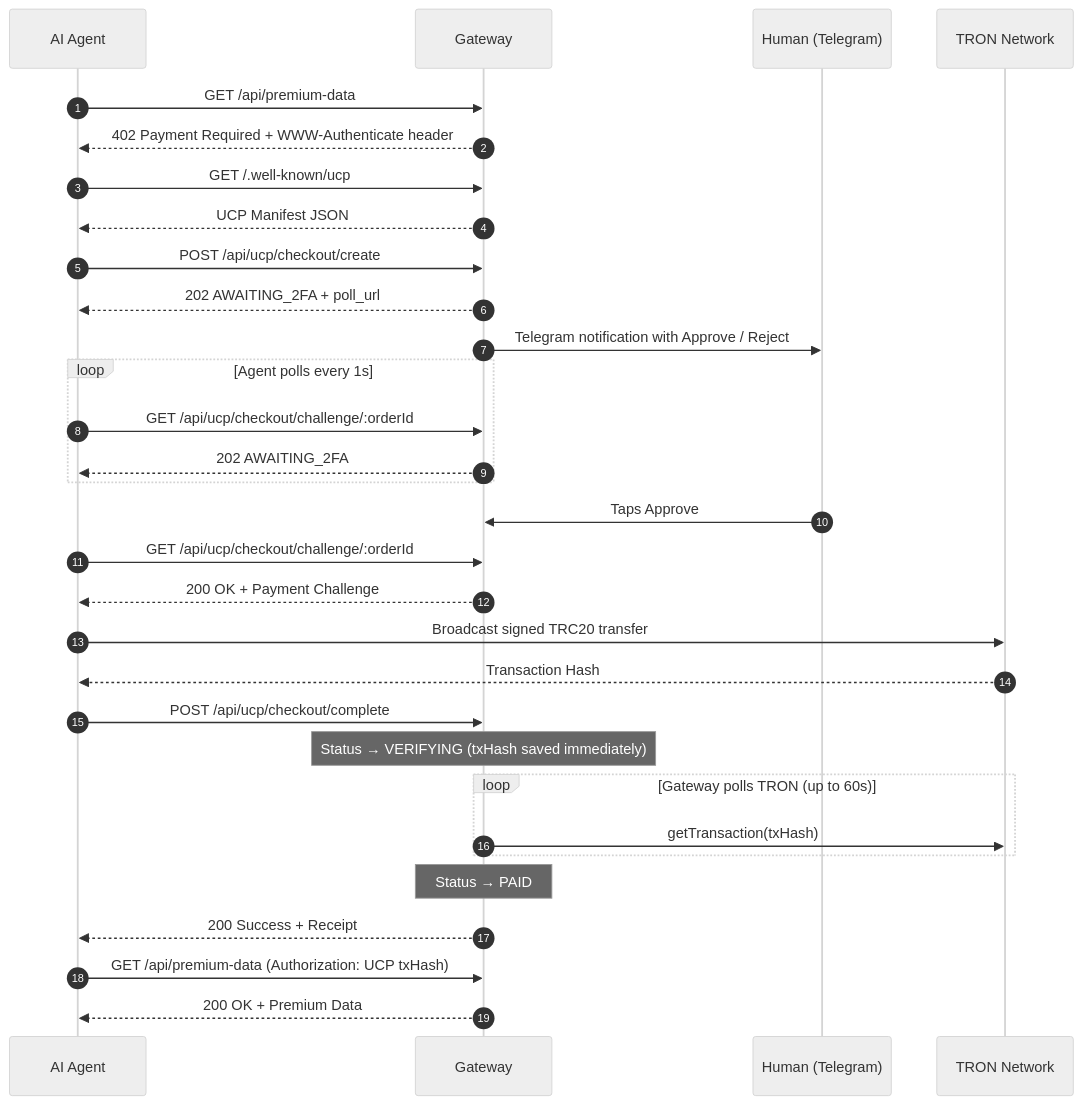
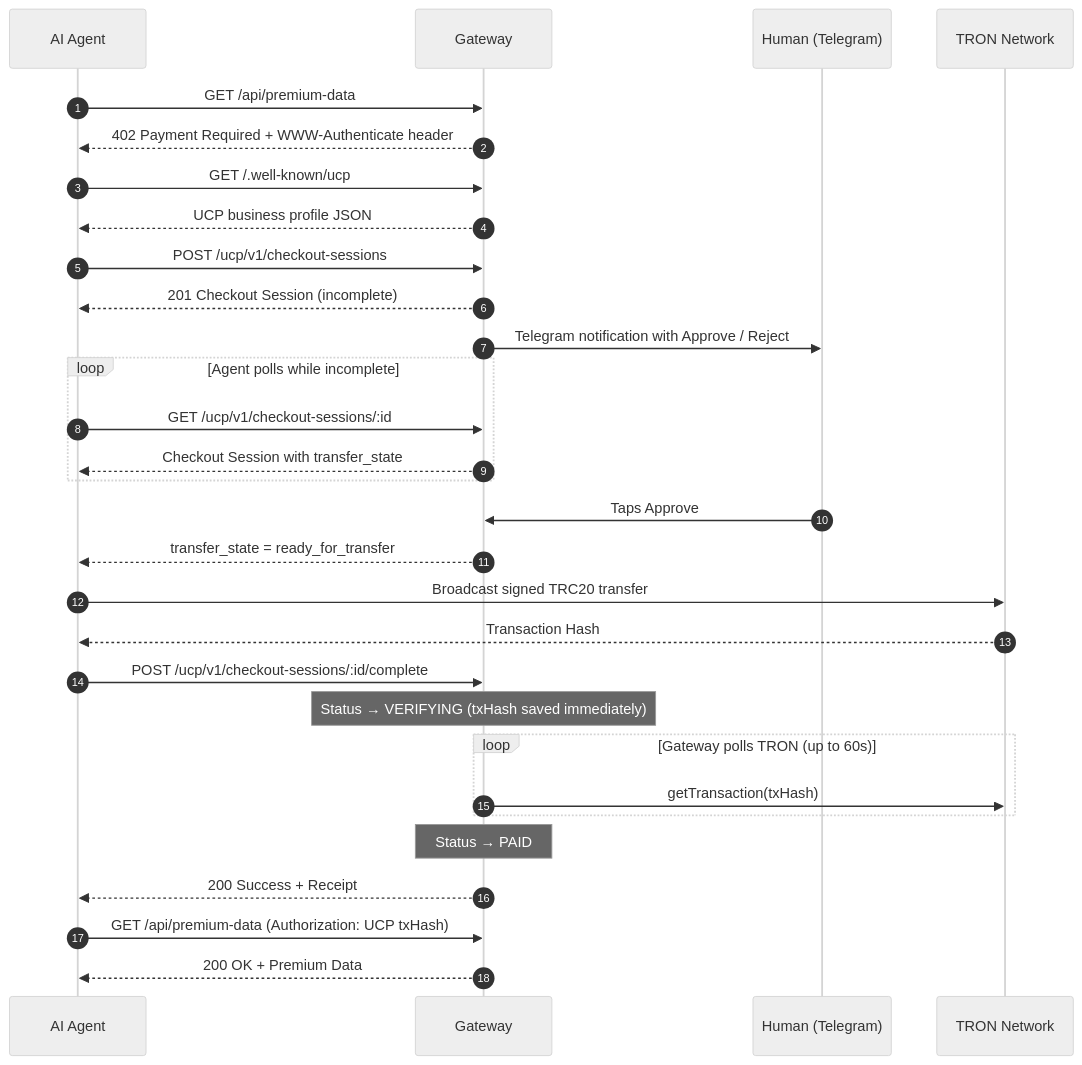
Before and after one commit to aziz1975/tron-ucp-demo: the second of 2 diagrams in README.md, drawn with Mermaid (neutral theme). The commit also changed other lines of this file and 1 other file, not shown here.

````diff
--- a/README.md
+++ b/README.md
@@ -229,43 +249,42 @@
 ```mermaid
 sequenceDiagram
     autonumber
     participant Agent as AI Agent
     participant Gateway
     participant Human as Human (Telegram)
     participant TRON as TRON Network
 
     Agent->>Gateway: GET /api/premium-data
     Gateway-->>Agent: 402 Payment Required + WWW-Authenticate header
 
     Agent->>Gateway: GET /.well-known/ucp
-    Gateway-->>Agent: UCP Manifest JSON
+    Gateway-->>Agent: UCP business profile JSON
 
-    Agent->>Gateway: POST /api/ucp/checkout/create
-    Gateway-->>Agent: 202 AWAITING_2FA + poll_url
+    Agent->>Gateway: POST /ucp/v1/checkout-sessions
+    Gateway-->>Agent: 201 Checkout Session (incomplete)
     Gateway->>Human: Telegram notification with Approve / Reject
 
-    loop Agent polls every 1s
-        Agent->>Gateway: GET /api/ucp/checkout/challenge/:orderId
-        Gateway-->>Agent: 202 AWAITING_2FA
+    loop Agent polls while incomplete
+        Agent->>Gateway: GET /ucp/v1/checkout-sessions/:id
+        Gateway-->>Agent: Checkout Session with transfer_state
     end
 
     Human->>Gateway: Taps Approve
-    Agent->>Gateway: GET /api/ucp/checkout/challenge/:orderId
-    Gateway-->>Agent: 200 OK + Payment Challenge
+    Gateway-->>Agent: transfer_state = ready_for_transfer
 
     Agent->>TRON: Broadcast signed TRC20 transfer
     TRON-->>Agent: Transaction Hash
 
-    Agent->>Gateway: POST /api/ucp/checkout/complete
+    Agent->>Gateway: POST /ucp/v1/checkout-sessions/:id/complete
     Note over Gateway: Status → VERIFYING (txHash saved immediately)
 
     loop Gateway polls TRON (up to 60s)
         Gateway->>TRON: getTransaction(txHash)
     end
 
     Note over Gateway: Status → PAID
     Gateway-->>Agent: 200 Success + Receipt
 
     Agent->>Gateway: GET /api/premium-data (Authorization: UCP txHash)
     Gateway-->>Agent: 200 OK + Premium Data
 ```
````
